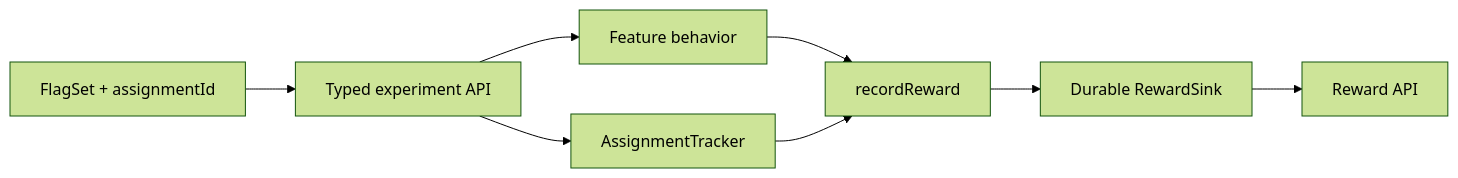
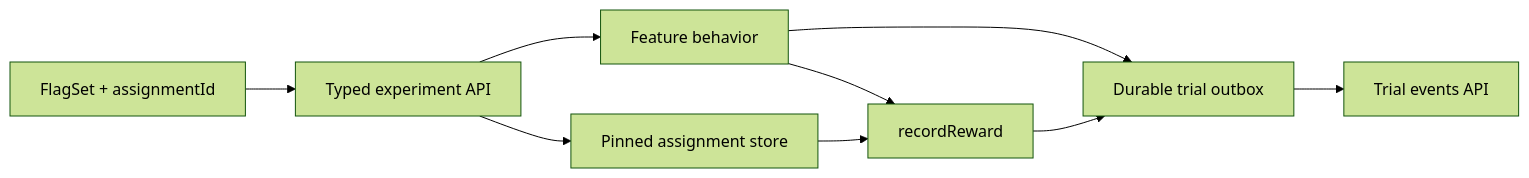
The second of 2 diagrams in mobile-system-design/experimentation-platform.md (swarnsingh/android-staff-engineer-playbook-website), drawn with Mermaid (forest theme) before and after one commit. The commit also changed other lines of this file and 12 other files, not shown here.

````diff
--- a/mobile-system-design/experimentation-platform.md
+++ b/mobile-system-design/experimentation-platform.md
@@ -131,8 +140,9 @@
 ```mermaid
 flowchart LR
     Flags["FlagSet + assignmentId"] --> API["Typed experiment API"]
-    API --> Tracker["AssignmentTracker"]
+    API --> Tracker["Pinned assignment store"]
     API --> Feature["Feature behavior"] --> Reward["recordReward"]
     Tracker --> Reward
-    Reward --> Sink["Durable RewardSink"] --> Endpoint["Reward API"]
+    Feature --> Sink["Durable trial outbox"]
+    Reward --> Sink --> Endpoint["Trial events API"]
 ```
````
